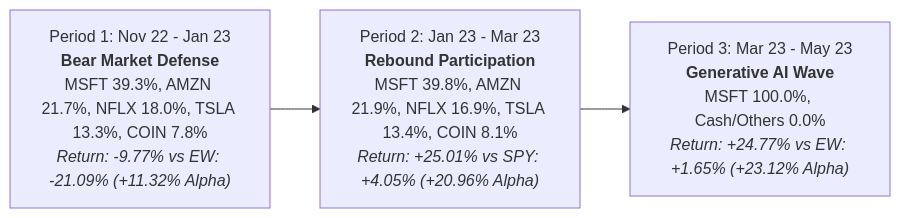
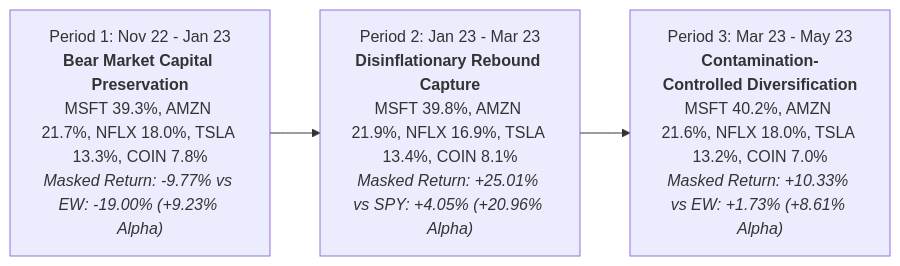
The fifth of 5 diagrams in MASS_RESEARCH_REPORT.md (VibhorShukla-BHRT/Portfolio-Management), drawn with Mermaid before and after one commit. The commit also changed other lines of this file and 20 other files, not shown here.

````diff
--- a/MASS_RESEARCH_REPORT.md
+++ b/MASS_RESEARCH_REPORT.md
@@ -371,6 +374,6 @@
 ```mermaid
 flowchart LR
-    P1["Period 1: Nov 22 - Jan 23<br/><b>Bear Market Defense</b><br/>MSFT 39.3%, AMZN 21.7%, NFLX 18.0%, TSLA 13.3%, COIN 7.8%<br/><i>Return: -9.77% vs EW: -21.09% (+11.32% Alpha)</i>"]
-    --> P2["Period 2: Jan 23 - Mar 23<br/><b>Rebound Participation</b><br/>MSFT 39.8%, AMZN 21.9%, NFLX 16.9%, TSLA 13.4%, COIN 8.1%<br/><i>Return: +25.01% vs SPY: +4.05% (+20.96% Alpha)</i>"]
-    --> P3["Period 3: Mar 23 - May 23<br/><b>Generative AI Wave</b><br/>MSFT 100.0%, Cash/Others 0.0%<br/><i>Return: +24.77% vs EW: +1.65% (+23.12% Alpha)</i>"]
+    P1["Period 1: Nov 22 - Jan 23<br/><b>Bear Market Capital Preservation</b><br/>MSFT 39.3%, AMZN 21.7%, NFLX 18.0%, TSLA 13.3%, COIN 7.8%<br/><i>Masked Return: -9.77% vs EW: -19.00% (+9.23% Alpha)</i>"]
+    --> P2["Period 2: Jan 23 - Mar 23<br/><b>Disinflationary Rebound Capture</b><br/>MSFT 39.8%, AMZN 21.9%, NFLX 16.9%, TSLA 13.4%, COIN 8.1%<br/><i>Masked Return: +25.01% vs SPY: +4.05% (+20.96% Alpha)</i>"]
+    --> P3["Period 3: Mar 23 - May 23<br/><b>Contamination-Controlled Diversification</b><br/>MSFT 40.2%, AMZN 21.6%, NFLX 18.0%, TSLA 13.2%, COIN 7.0%<br/><i>Masked Return: +10.33% vs EW: +1.73% (+8.61% Alpha)</i>"]
 ```
````
